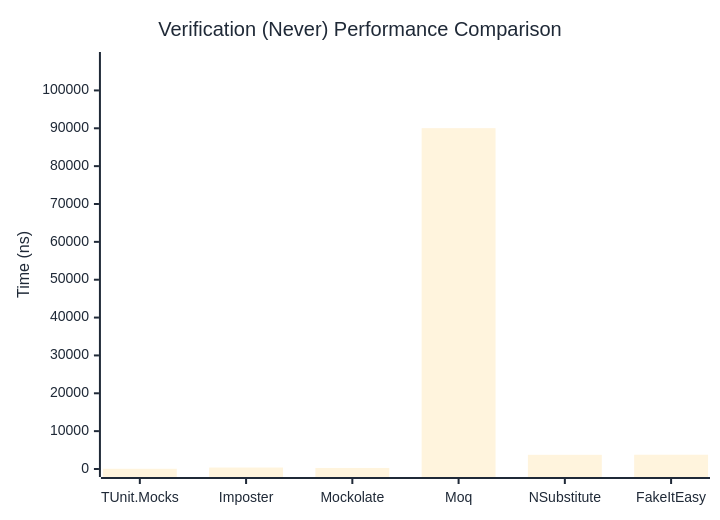
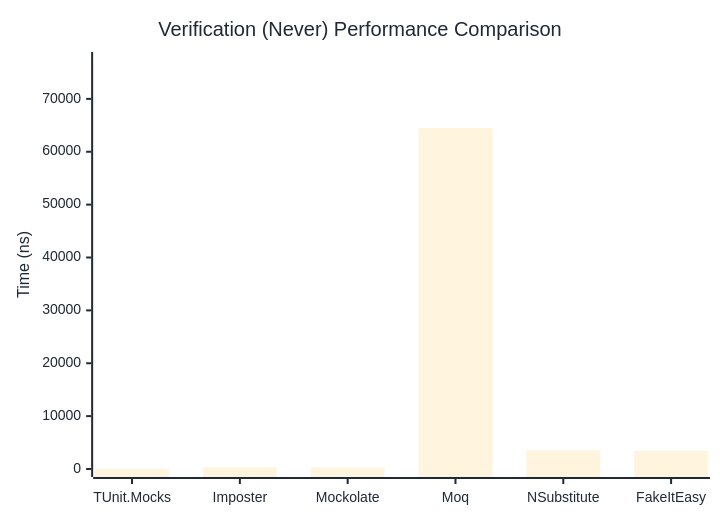
One commit to thomhurst/TUnit changed the second of 3 diagrams in docs/docs/benchmarks/mocks/Verification.md. Above: the diagram before and after it, drawn with Mermaid. The commit also changed other lines of this file and 14 other files, not shown here.

````diff
--- a/docs/docs/benchmarks/mocks/Verification.md
+++ b/docs/docs/benchmarks/mocks/Verification.md
@@ -71,27 +71,27 @@
 ```mermaid
 %%{init: {
   'theme':'base',
   'themeVariables': {
     'primaryColor': '#2563eb',
     'primaryTextColor': '#1f2937',
     'primaryBorderColor': '#1e40af',
     'lineColor': '#6b7280',
     'secondaryColor': '#7c3aed',
     'tertiaryColor': '#dc2626',
     'background': '#ffffff',
     'pie1': '#2563eb',
     'pie2': '#7c3aed',
     'pie3': '#dc2626',
     'pie4': '#f59e0b',
     'pie5': '#10b981',
     'pie6': '#06b6d4',
     'pie7': '#ec4899',
     'pie8': '#6366f1'
   }
 }}%%
 xychart-beta
   title "Verification (Never) Performance Comparison"
   x-axis ["TUnit.Mocks", "Imposter", "Mockolate", "Moq", "NSubstitute", "FakeItEasy"]
-  y-axis "Time (ns)" 0 --> 108038
-  bar [59.22, 385.28, 277.83, 90031.45, 3746.73, 3765.54]
+  y-axis "Time (ns)" 0 --> 77354
+  bar [56.49, 329.23, 258.48, 64461.44, 3541.92, 3466.64]
 ```
````
